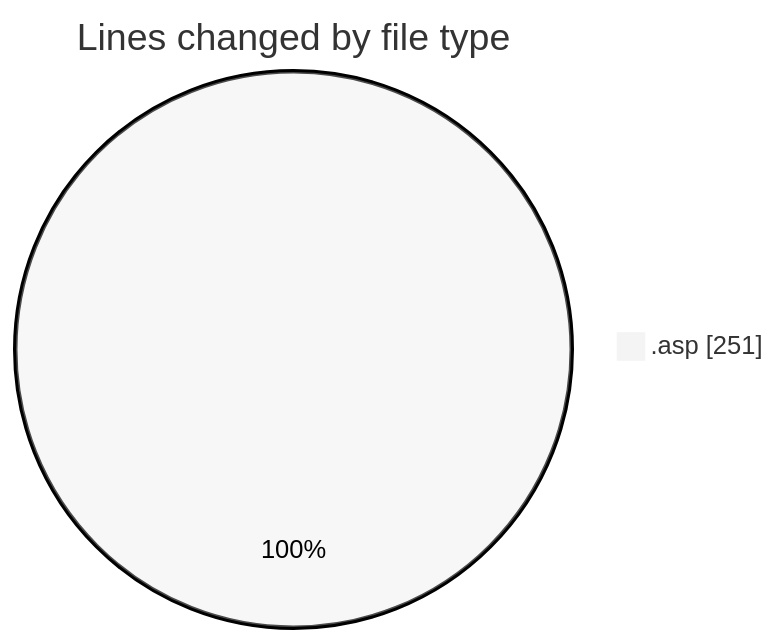
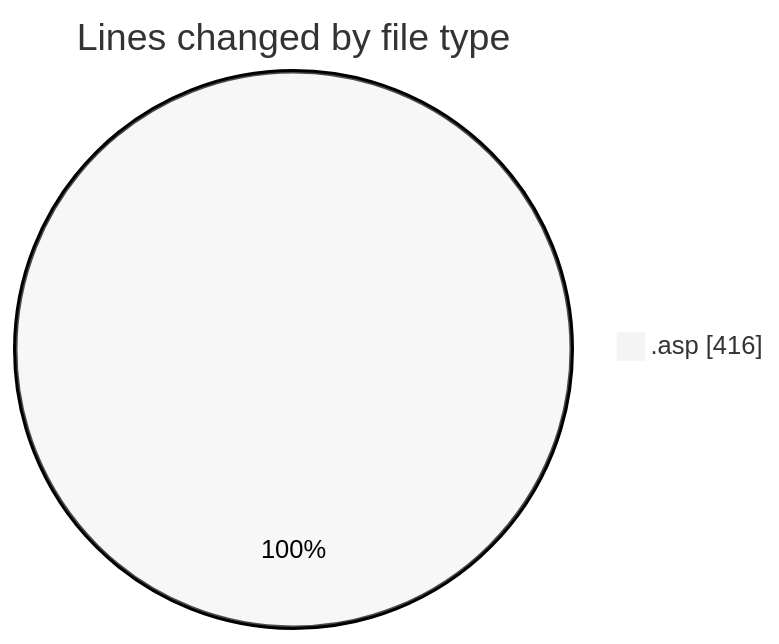
One commit to julien-gomy/code-tracking changed the first of 2 diagrams in 2025-11-15/cdp_aleoudev_fr__workspace_/README.md. Above: the diagram before and after it, drawn with Mermaid (neutral theme). The commit also changed other lines of this file and 1 other file, not shown here.

````diff
--- a/2025-11-15/cdp_aleoudev_fr__workspace_/README.md
+++ b/2025-11-15/cdp_aleoudev_fr__workspace_/README.md
@@ -22,5 +24,5 @@
 ```mermaid
 pie showData
 title Lines changed by file type
-".asp" : 251
+".asp" : 416
 ```
````
